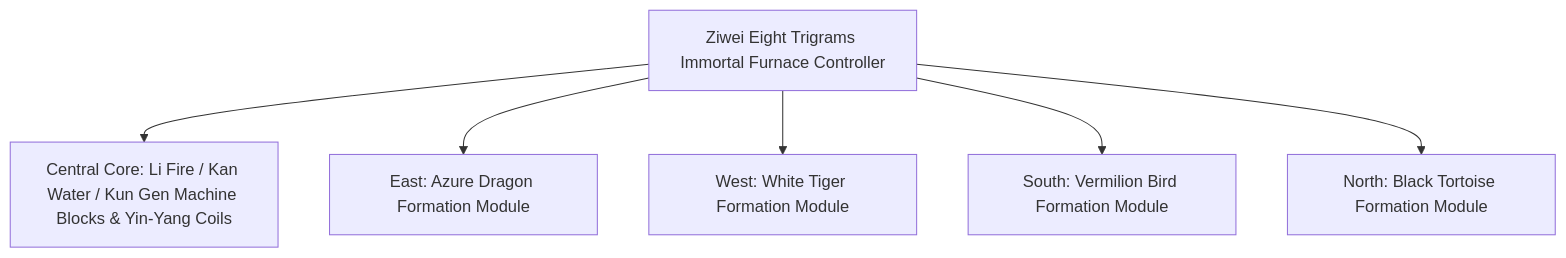
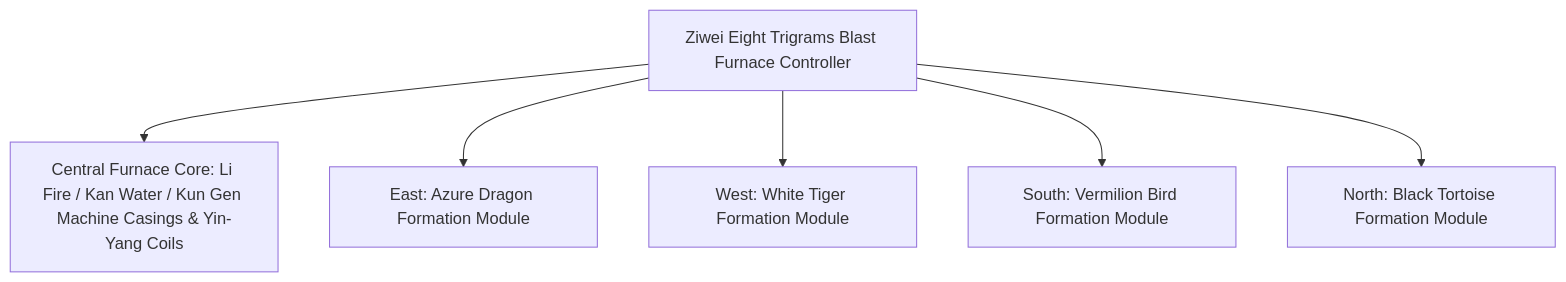
One commit to takanashisatou/GregtechEasy changed the diagram in docs/en/gtecore/yin-yang-and-four-symbols.md. Above: the diagram before and after it, drawn with Mermaid. The commit also changed other lines of this file and 144 other files, not shown here.

````diff
--- a/docs/en/gtecore/yin-yang-and-four-symbols.md
+++ b/docs/en/gtecore/yin-yang-and-four-symbols.md
@@ -11,8 +11,8 @@
 ```mermaid
 graph TD
-    A[Ziwei Eight Trigrams Immortal Furnace Controller] --> B[Central Core: Li Fire / Kan Water / Kun Gen Machine Blocks & Yin-Yang Coils]
+    A[Ziwei Eight Trigrams Blast Furnace Controller] --> B[Central Furnace Core: Li Fire / Kan Water / Kun Gen Machine Casings & Yin-Yang Coils]
     A --> C[East: Azure Dragon Formation Module]
     A --> D[West: White Tiger Formation Module]
     A --> E[South: Vermilion Bird Formation Module]
     A --> F[North: Black Tortoise Formation Module]
 ```
````
